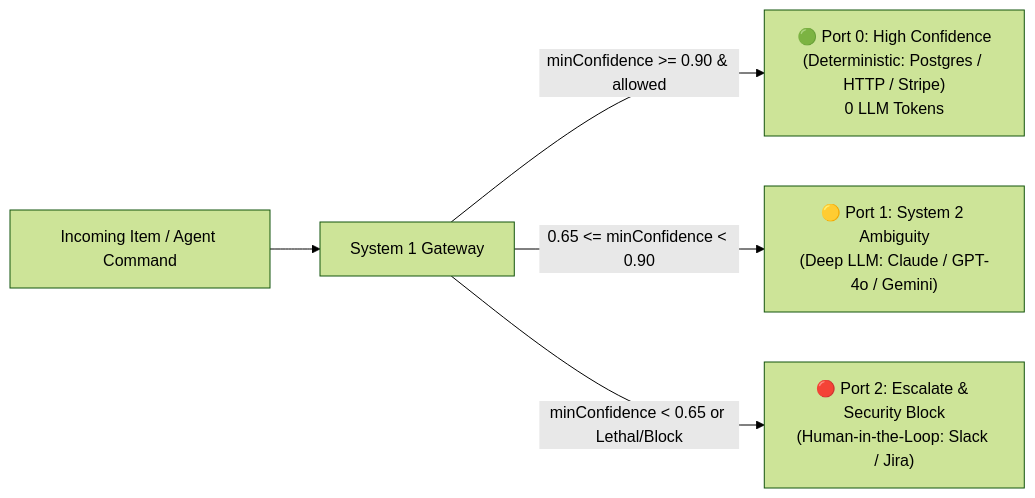
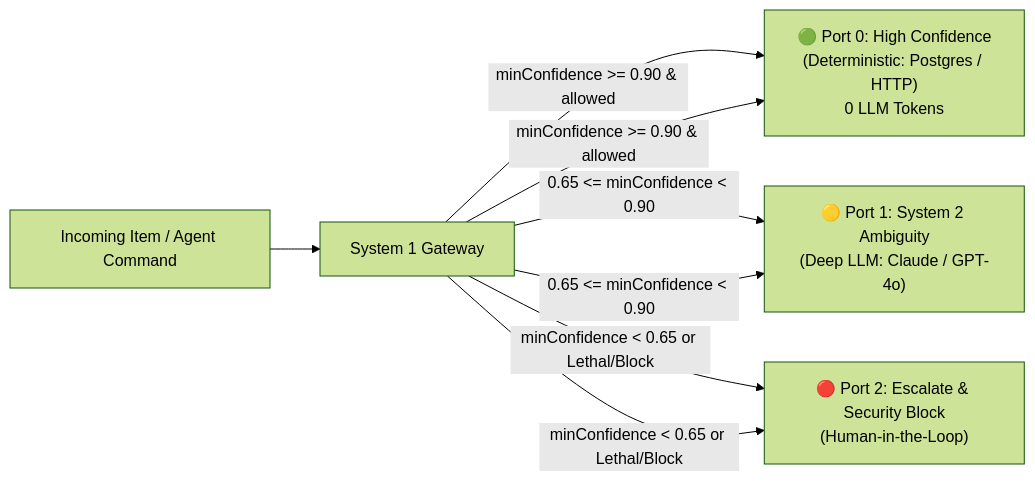
Before and after one commit to CubicMaldo/n8n-nodes-systemone: the diagram in README.md, drawn with Mermaid (forest theme). The commit also changed other lines of this file, not shown here.

````diff
--- a/README.md
+++ b/README.md
@@ -47,7 +68,10 @@
 ```mermaid
 flowchart LR
     A[Incoming Item / Agent Command] --> B[System 1 Gateway]
     B -->|minConfidence >= 0.90 & allowed| Port0["🟢 Port 0: High Confidence<br/>(Deterministic: Postgres / HTTP / Stripe)<br/>0 LLM Tokens"]
     B -->|0.65 <= minConfidence < 0.90| Port1["🟡 Port 1: System 2 Ambiguity<br/>(Deep LLM: Claude / GPT-4o / Gemini)"]
     B -->|minConfidence < 0.65 or Lethal/Block| Port2["🔴 Port 2: Escalate & Security Block<br/>(Human-in-the-Loop: Slack / Jira)"]
+    B -->|minConfidence >= 0.90 & allowed| Port0["🟢 Port 0: High Confidence<br/>(Deterministic: Postgres / HTTP)<br/>0 LLM Tokens"]
+    B -->|0.65 <= minConfidence < 0.90| Port1["🟡 Port 1: System 2 Ambiguity<br/>(Deep LLM: Claude / GPT-4o)"]
+    B -->|minConfidence < 0.65 or Lethal/Block| Port2["🔴 Port 2: Escalate & Security Block<br/>(Human-in-the-Loop)"]
 ```
````
